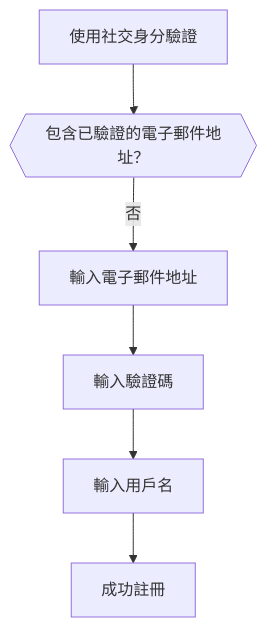
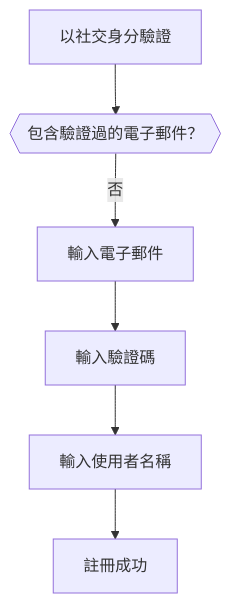
The fourth of 6 diagrams in i18n/zh-TW/docusaurus-plugin-content-docs/current/end-user-flows/sign-up-and-sign-in/social-sign-in.mdx (logto-io/docs), drawn with Mermaid before and after one commit. The commit also changed other lines of this file and 59 other files, not shown here.

````diff
--- a/i18n/zh-TW/docusaurus-plugin-content-docs/current/end-user-flows/sign-up-and-sign-in/social-sign-in.mdx
+++ b/i18n/zh-TW/docusaurus-plugin-content-docs/current/end-user-flows/sign-up-and-sign-in/social-sign-in.mdx
@@ -146,8 +121,8 @@
    ```mermaid
    flowchart TD
-      A[使用社交身分驗證] --> B{{包含已驗證的電子郵件地址？}}
-      B -- 否 --> C[輸入電子郵件地址]
+      A[以社交身分驗證] --> B{{包含驗證過的電子郵件？}}
+      B -- 否 --> C[輸入電子郵件]
       C --> D[輸入驗證碼]
-      D --> E[輸入用戶名]
-      E --> F[成功註冊]
+      D --> E[輸入使用者名稱]
+      E --> F[註冊成功]
    ```
````
